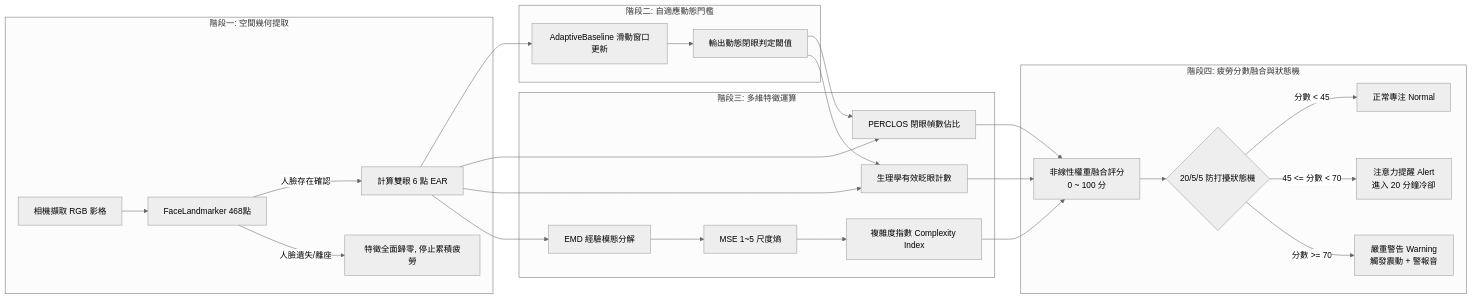
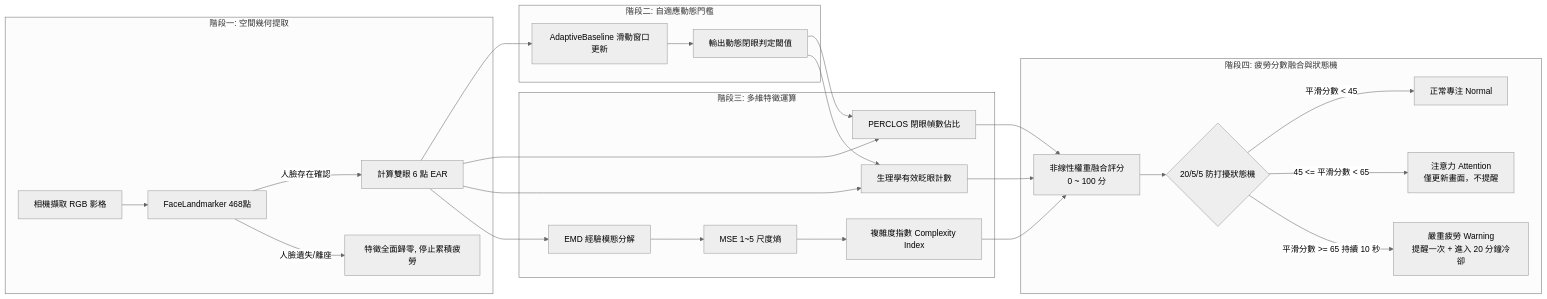
Before and after one commit to ourboros/EFD: the third of 4 diagrams in README.md, drawn with Mermaid (neutral theme). The commit also changed other lines of this file and 1 other file, not shown here.

````diff
--- a/README.md
+++ b/README.md
@@ -151,29 +151,29 @@
 ```mermaid
 flowchart LR
     subgraph S1 [階段一: 空間幾何提取]
         CAM[相機擷取 RGB 影格] --> FL[FaceLandmarker 468點]
         FL -->|人臉存在確認| EAR[計算雙眼 6 點 EAR]
         FL -->|人臉遺失/離座| ZERO[特徵全面歸零, 停止累積疲勞]
     end
 
     subgraph S2 [階段二: 自適應動態門檻]
         EAR --> AB[AdaptiveBaseline 滑動窗口更新]
         AB --> THRESH[輸出動態閉眼判定閾值]
     end
 
     subgraph S3 [階段三: 多維特徵運算]
         EAR & THRESH --> PERCLOS[PERCLOS 閉眼幀數佔比]
         EAR & THRESH --> BLINK[生理學有效眨眼計數]
         EAR --> EMD_PROC[EMD 經驗模態分解]
         EMD_PROC --> MSE_PROC[MSE 1~5 尺度熵]
         MSE_PROC --> CI[複雜度指數 Complexity Index]
     end
 
     subgraph S4 [階段四: 疲勞分數融合與狀態機]
         PERCLOS & BLINK & CI --> FUSION[非線性權重融合評分\n0 ~ 100 分]
         FUSION --> FSM{20/5/5 防打擾狀態機}
-        FSM -->|分數 < 45| NORMAL[正常專注 Normal]
-        FSM -->|45 <= 分數 < 70| ALERT[注意力提醒 Alert\n進入 20 分鐘冷卻]
-        FSM -->|分數 >= 70| SEVERE[嚴重警告 Warning\n觸發震動 + 警報音]
+        FSM -->|平滑分數 < 45| NORMAL[正常專注 Normal]
+        FSM -->|45 <= 平滑分數 < 65| ALERT[注意力 Attention\n僅更新畫面，不提醒]
+        FSM -->|平滑分數 >= 65 持續 10 秒| SEVERE[嚴重疲勞 Warning\n提醒一次 + 進入 20 分鐘冷卻]
     end
 ```
````
